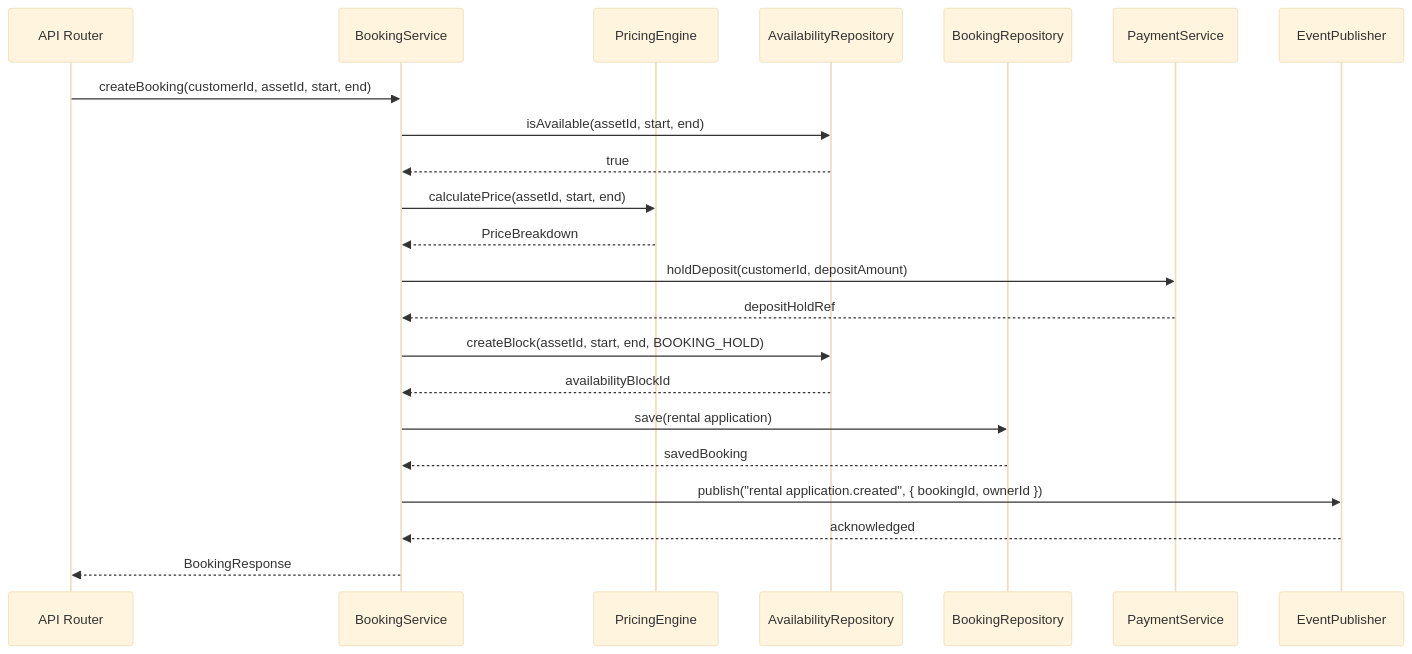
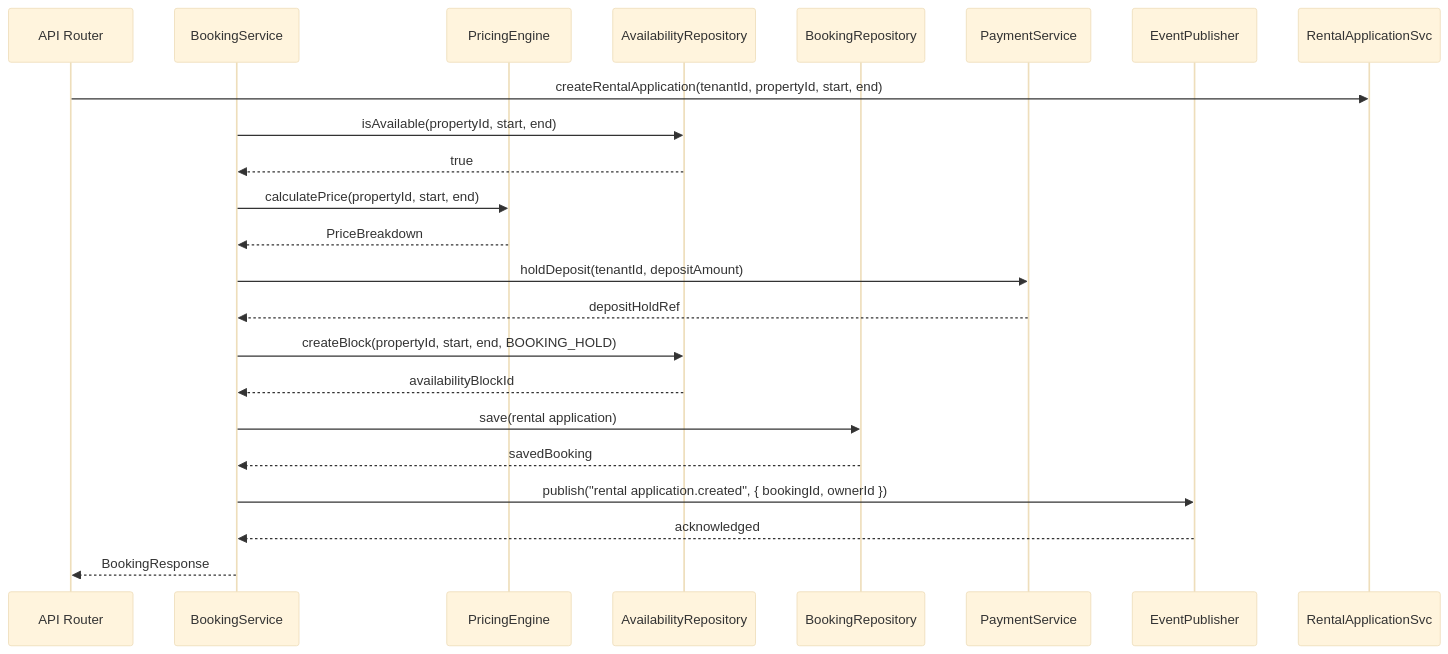
The first of 5 diagrams in docs/detailed-design/sequence-diagrams.md (0Ankit0/meroghar), drawn with Mermaid (base theme) before and after one commit. The commit also changed other lines of this file and 13 other files, not shown here.

````diff
--- a/docs/detailed-design/sequence-diagrams.md
+++ b/docs/detailed-design/sequence-diagrams.md
@@ -10,31 +10,31 @@
 ```mermaid
 sequenceDiagram
     participant Router as API Router
     participant BookingSvc as BookingService
     participant PricingEng as PricingEngine
     participant AvailRepo as AvailabilityRepository
     participant BookingRepo as BookingRepository
     participant PaymentSvc as PaymentService
     participant EventPub as EventPublisher
 
-    Router->>BookingSvc: createBooking(customerId, assetId, start, end)
-    BookingSvc->>AvailRepo: isAvailable(assetId, start, end)
+    Router->>RentalApplicationSvc: createRentalApplication(tenantId, propertyId, start, end)
+    BookingSvc->>AvailRepo: isAvailable(propertyId, start, end)
     AvailRepo-->>BookingSvc: true
 
-    BookingSvc->>PricingEng: calculatePrice(assetId, start, end)
+    BookingSvc->>PricingEng: calculatePrice(propertyId, start, end)
     PricingEng-->>BookingSvc: PriceBreakdown
 
-    BookingSvc->>PaymentSvc: holdDeposit(customerId, depositAmount)
+    BookingSvc->>PaymentSvc: holdDeposit(tenantId, depositAmount)
     PaymentSvc-->>BookingSvc: depositHoldRef
 
-    BookingSvc->>AvailRepo: createBlock(assetId, start, end, BOOKING_HOLD)
+    BookingSvc->>AvailRepo: createBlock(propertyId, start, end, BOOKING_HOLD)
     AvailRepo-->>BookingSvc: availabilityBlockId
 
     BookingSvc->>BookingRepo: save(rental application)
     BookingRepo-->>BookingSvc: savedBooking
 
     BookingSvc->>EventPub: publish("rental application.created", { bookingId, ownerId })
     EventPub-->>BookingSvc: acknowledged
 
     BookingSvc-->>Router: BookingResponse
 ```
````
